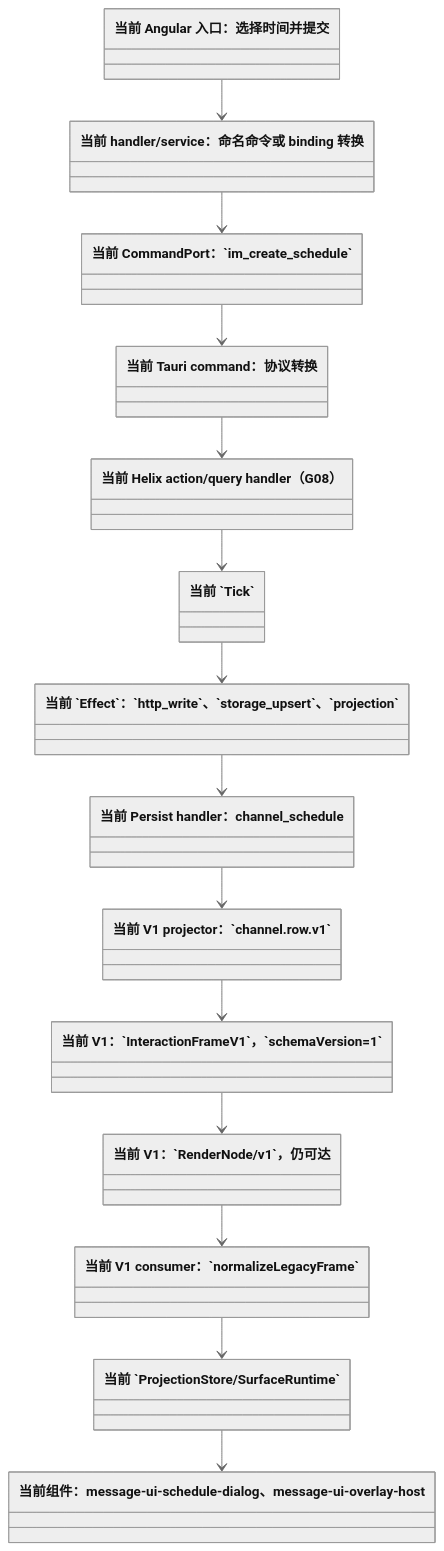
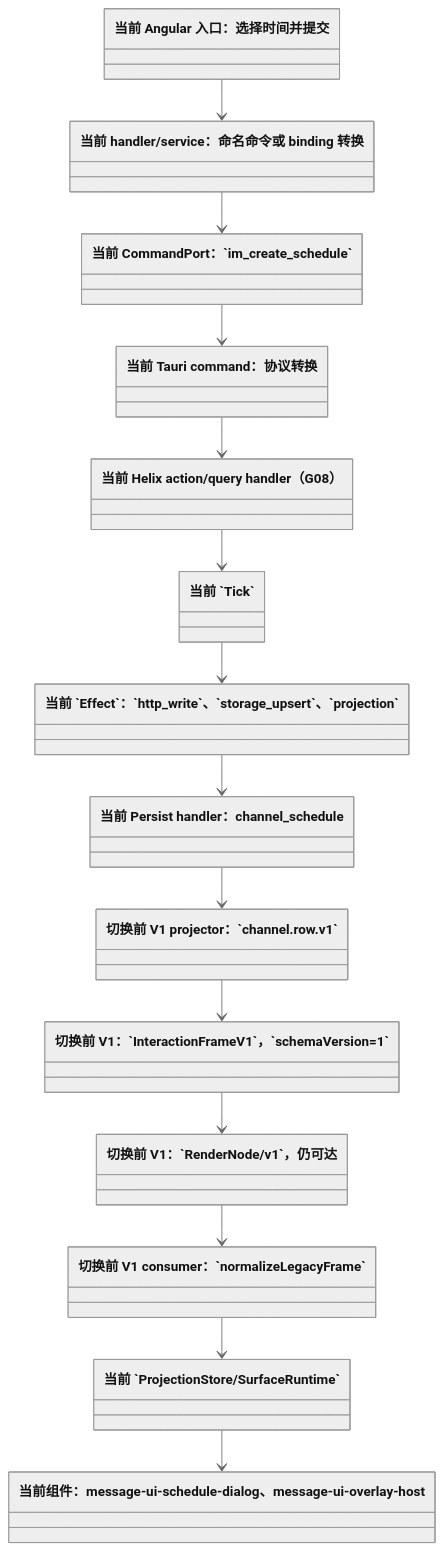
Before and after one commit to zxs1633079383/helix: the diagram in docs/interaction-frame-v2-全量替换-按UC/G08/01-V1当前类图.mmd, drawn with Mermaid (neutral theme). The commit also changed 159 other files, not shown here.

```diff
--- a/docs/interaction-frame-v2-全量替换-按UC/G08/01-V1当前类图.mmd
+++ b/docs/interaction-frame-v2-全量替换-按UC/G08/01-V1当前类图.mmd
@@ -1,28 +1,29 @@
+%% 切换前历史快照：不得作为当前生产合同；当前仅 InteractionFrame/v2
 classDiagram
     class Angular入口["当前 Angular 入口：选择时间并提交"]
     class ShellService["当前 handler/service：命名命令或 binding 转换"]
     class CommandPort["当前 CommandPort：`im_create_schedule`"]
     class Tauri命令["当前 Tauri command：协议转换"]
     class Helix处理["当前 Helix action/query handler（G08）"]
     class Tick["当前 `Tick`"]
     class Effect["当前 `Effect`：`http_write`、`storage_upsert`、`projection`"]
     class 持久化["当前 Persist handler：channel_schedule"]
-    class V1投影["当前 V1 projector：`channel.row.v1`"]
-    class V1帧["当前 V1：`InteractionFrameV1`，`schemaVersion=1`"]
-    class V1节点["当前 V1：`RenderNode/v1`，仍可达"]
-    class V1解码["当前 V1 consumer：`normalizeLegacyFrame`"]
+    class V1投影["切换前 V1 projector：`channel.row.v1`"]
+    class V1帧["切换前 V1：`InteractionFrameV1`，`schemaVersion=1`"]
+    class V1节点["切换前 V1：`RenderNode/v1`，仍可达"]
+    class V1解码["切换前 V1 consumer：`normalizeLegacyFrame`"]
     class SurfaceRuntime["当前 `ProjectionStore/SurfaceRuntime`"]
     class 组件["当前组件：message-ui-schedule-dialog、message-ui-overlay-host"]
     Angular入口 --> ShellService
     ShellService --> CommandPort
     CommandPort --> Tauri命令
     Tauri命令 --> Helix处理
     Helix处理 --> Tick
     Tick --> Effect
     Effect --> 持久化
     持久化 --> V1投影
     V1投影 --> V1帧
     V1帧 --> V1节点
     V1节点 --> V1解码
     V1解码 --> SurfaceRuntime
     SurfaceRuntime --> 组件
```
